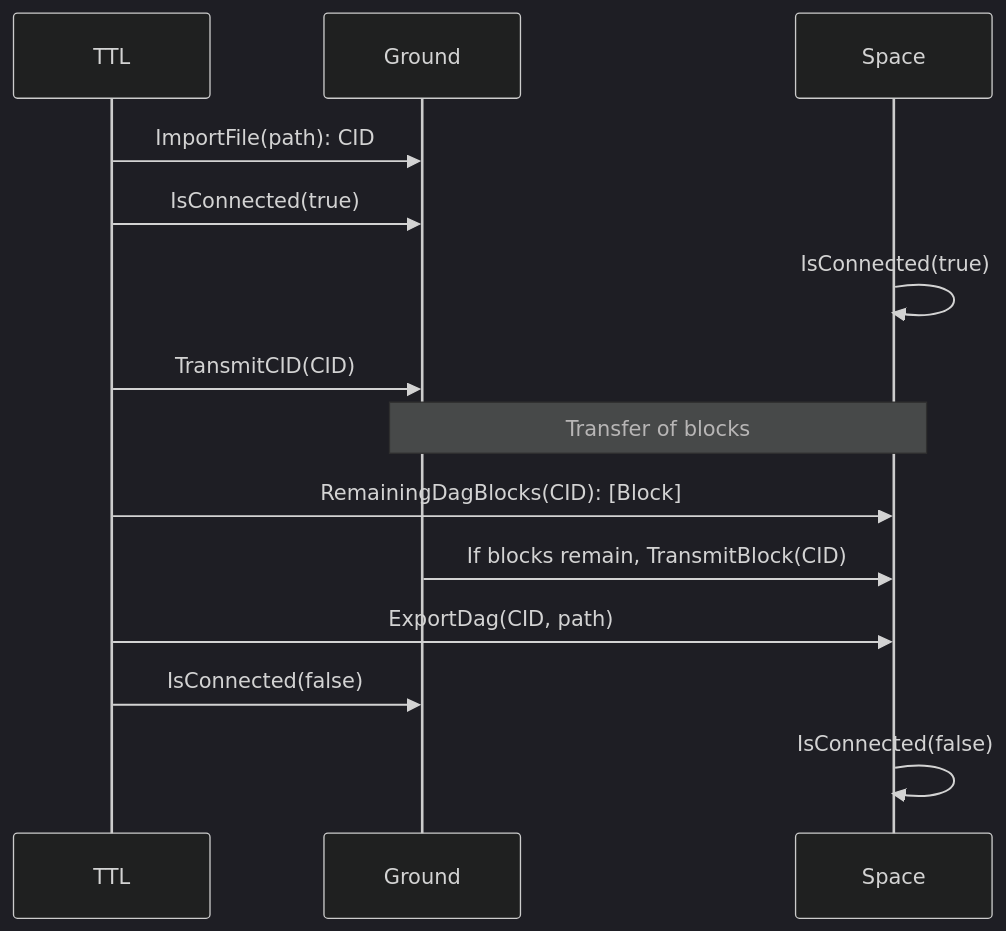
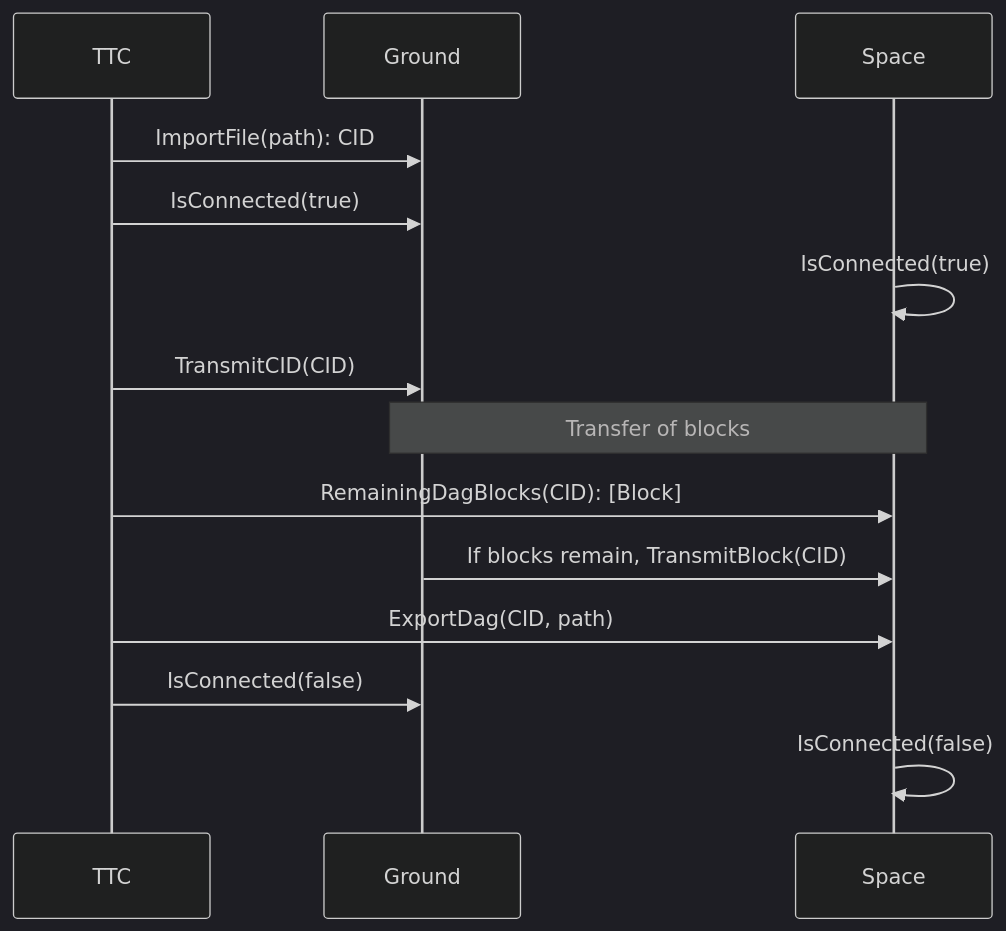
The second of 3 diagrams in README.md (ipfs-shipyard/space), drawn with Mermaid (dark theme) before and after one commit. The commit also changed other lines of this file, not shown here.

Commit message:
TTL -> TTC

````diff
--- a/README.md
+++ b/README.md
@@ -123,16 +123,16 @@
 ```mermaid
 sequenceDiagram
-    participant TTL
+    participant TTC
     participant Ground
     participant Space
-    TTL->>Ground: ImportFile(path): CID
-    TTL->>Ground: IsConnected(true)
+    TTC->>Ground: ImportFile(path): CID
+    TTC->>Ground: IsConnected(true)
     Space->>Space: IsConnected(true)
-    TTL->>Ground: TransmitCID(CID)
+    TTC->>Ground: TransmitCID(CID)
     Note over Ground, Space: Transfer of blocks
-    TTL->>Space: RemainingDagBlocks(CID): [Block]
+    TTC->>Space: RemainingDagBlocks(CID): [Block]
     Ground->>Space: If blocks remain, TransmitBlock(CID)
-    TTL->>Space: ExportDag(CID, path)
-    TTL->>Ground: IsConnected(false)
+    TTC->>Space: ExportDag(CID, path)
+    TTC->>Ground: IsConnected(false)
     Space->>Space: IsConnected(false)
 ```
````
